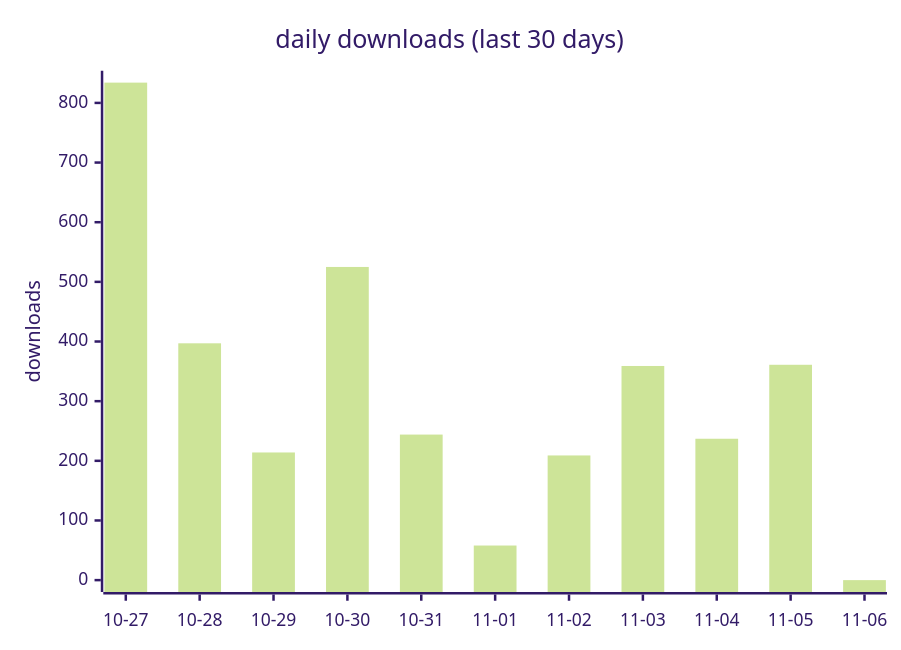
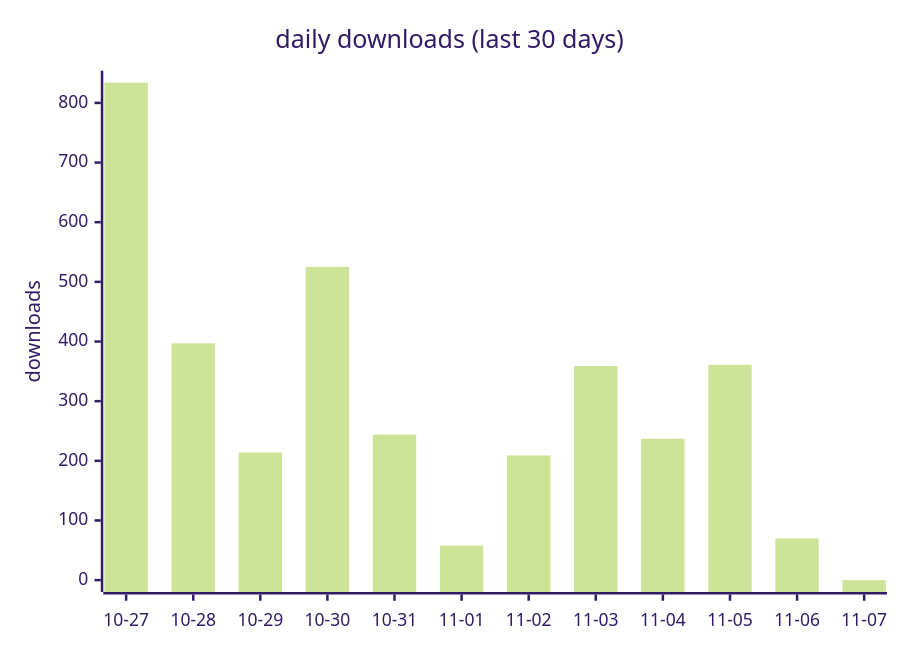
Before and after one commit to terry2010/dsh-rss-news-daily: the first of 2 diagrams in docs/downloads-2026.md, drawn with Mermaid (forest theme). The commit also changed other lines of this file and 1 other file, not shown here.

````diff
--- a/docs/downloads-2026.md
+++ b/docs/downloads-2026.md
@@ -19,7 +19,7 @@
 ```mermaid
 xychart-beta
     title "daily downloads (last 30 days)"
-    x-axis ["10-27", "10-28", "10-29", "10-30", "10-31", "11-01", "11-02", "11-03", "11-04", "11-05", "11-06"]
+    x-axis ["10-27", "10-28", "10-29", "10-30", "10-31", "11-01", "11-02", "11-03", "11-04", "11-05", "11-06", "11-07"]
     y-axis "downloads" 0 --> 834
-    bar [834, 397, 214, 525, 244, 58, 209, 359, 237, 361, 0]
+    bar [834, 397, 214, 525, 244, 58, 209, 359, 237, 361, 70, 0]
 ```
````
